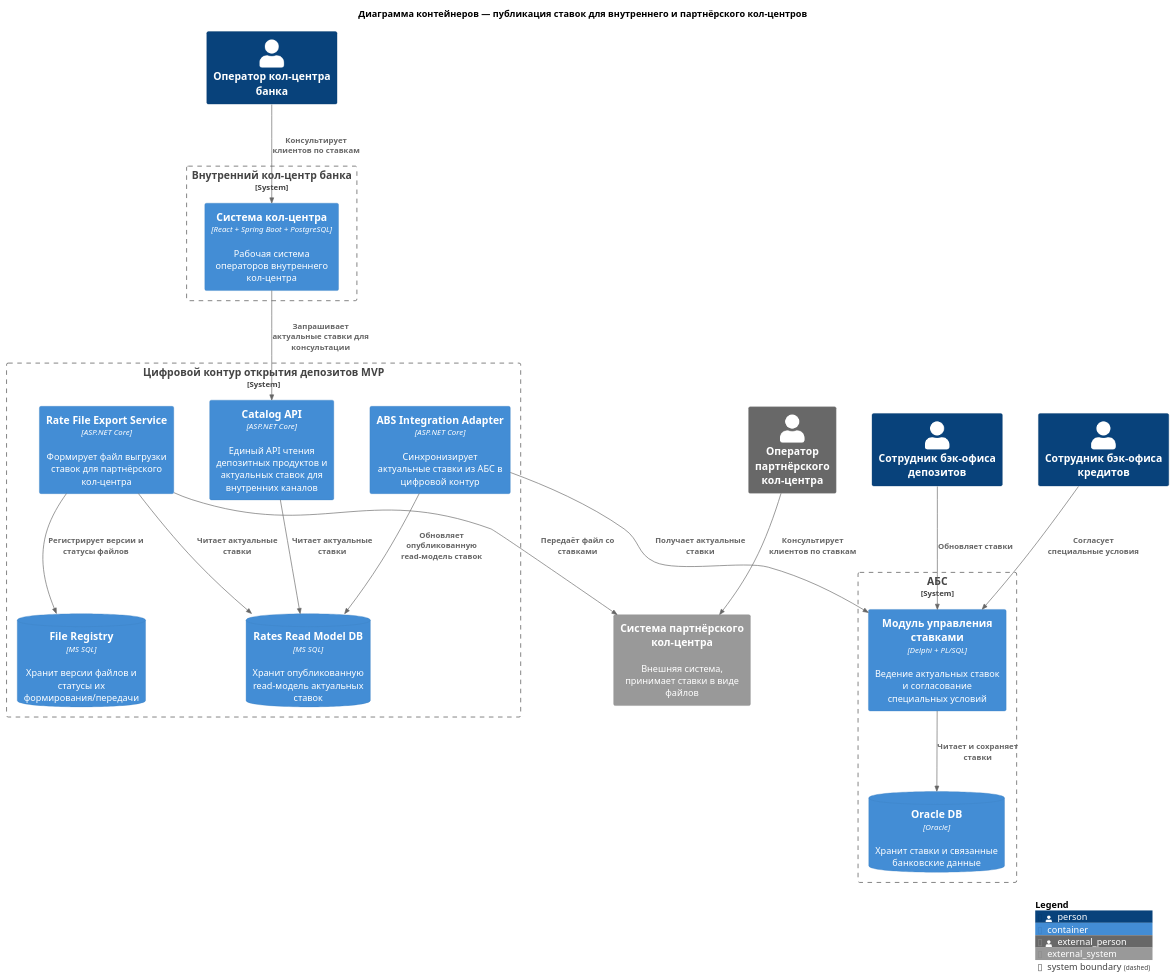
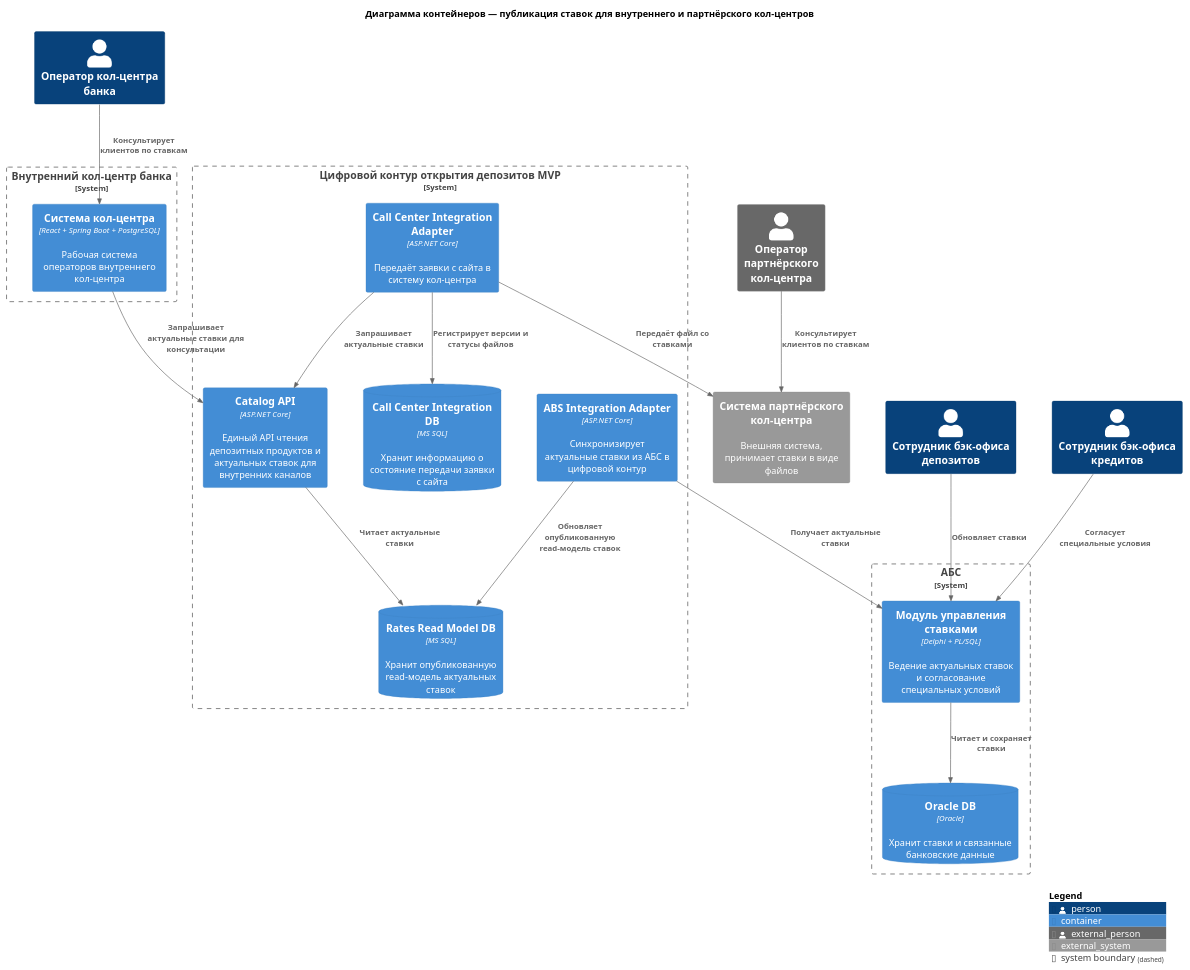
One commit to Meeluck/architecture-standart changed the diagram in task4/adr_2_container.puml. Above: the diagram before and after it, drawn with PlantUML. The commit also changed 11 other files, not shown here.

```diff
--- a/task4/adr_2_container.puml
+++ b/task4/adr_2_container.puml
@@ -1,52 +1,53 @@
 @startuml
 skinparam RankSep 90
 skinparam Nodesep 55
 
 !include https://raw.githubusercontent.com/plantuml-stdlib/C4-PlantUML/master/C4_Container.puml
 
 
 title Диаграмма контейнеров — публикация ставок для внутреннего и партнёрского кол-центров
 
 Person(callOperator, "Оператор кол-центра банка")
 Person_Ext(partnerOperator, "Оператор партнёрского кол-центра")
 Person(depositBackoffice, "Сотрудник бэк-офиса депозитов")
 Person(creditBackoffice, "Сотрудник бэк-офиса кредитов")
 
 System_Boundary(absBoundary, "АБС") {
     Container(absRateModule, "Модуль управления ставками", "Delphi + PL/SQL","Ведение актуальных ставок и согласование специальных условий")
     ContainerDb(absDb, "Oracle DB", "Oracle", "Хранит ставки и связанные банковские данные") 
 }
 
 System_Boundary(digitalBoundary, "Цифровой контур открытия депозитов MVP") {
     Container(absIntegrationAdapter, "ABS Integration Adapter", "ASP.NET Core","Синхронизирует актуальные ставки из АБС в цифровой контур")
     Container(catalogApi, "Catalog API", "ASP.NET Core","Единый API чтения депозитных продуктов и актуальных ставок для внутренних каналов")
     ContainerDb(ratesReadModel, "Rates Read Model DB", "MS SQL","Хранит опубликованную read-модель актуальных ставок")
-    Container(rateFileExportService, "Rate File Export Service", "ASP.NET Core","Формирует файл выгрузки ставок для партнёрского кол-центра")
-    ContainerDb(fileRegistry, "File Registry", "MS SQL","Хранит версии файлов и статусы их формирования/передачи")
+    Container(callCenterIntegration, "Call Center Integration Adapter", "ASP.NET Core", "Передаёт заявки с сайта в систему кол-центра")
+    ContainerDb(callCenterIntegrationDb, "Call Center Integration DB", "MS SQL", "Хранит информацию о состояние передачи заявки с сайта")
 }
 
 System_Boundary(internalCCBoundary, "Внутренний кол-центр банка") {
     Container(callCenterSystem, "Система кол-центра", "React + Spring Boot + PostgreSQL","Рабочая система операторов внутреннего кол-центра")
 }
 
 System_Ext(partnerCallCenter, "Система партнёрского кол-центра","Внешняя система, принимает ставки в виде файлов")
 
 Rel(depositBackoffice, absRateModule, "Обновляет ставки")
 Rel(creditBackoffice, absRateModule, "Согласует специальные условия")
 Rel(absRateModule, absDb, "Читает и сохраняет ставки")
 
 Rel(absIntegrationAdapter, absRateModule, "Получает актуальные ставки")
 Rel(absIntegrationAdapter, ratesReadModel, "Обновляет опубликованную read-модель ставок")
 
 Rel(catalogApi, ratesReadModel, "Читает актуальные ставки")
 Rel(callCenterSystem, catalogApi, "Запрашивает актуальные ставки для консультации")
 
-Rel(rateFileExportService, ratesReadModel, "Читает актуальные ставки")
-Rel(rateFileExportService, fileRegistry, "Регистрирует версии и статусы файлов")
-Rel(rateFileExportService, partnerCallCenter, "Передаёт файл со ставками")
+Rel(callCenterIntegration, catalogApi, "Запрашивает актуальные ставки")
+
+Rel(callCenterIntegration, callCenterIntegrationDb, "Регистрирует версии и статусы файлов")
+Rel(callCenterIntegration, partnerCallCenter, "Передаёт файл со ставками")
 
 Rel(callOperator, callCenterSystem, "Консультирует клиентов по ставкам")
 Rel(partnerOperator, partnerCallCenter, "Консультирует клиентов по ставкам")
 
 SHOW_LEGEND()
 @enduml
```
